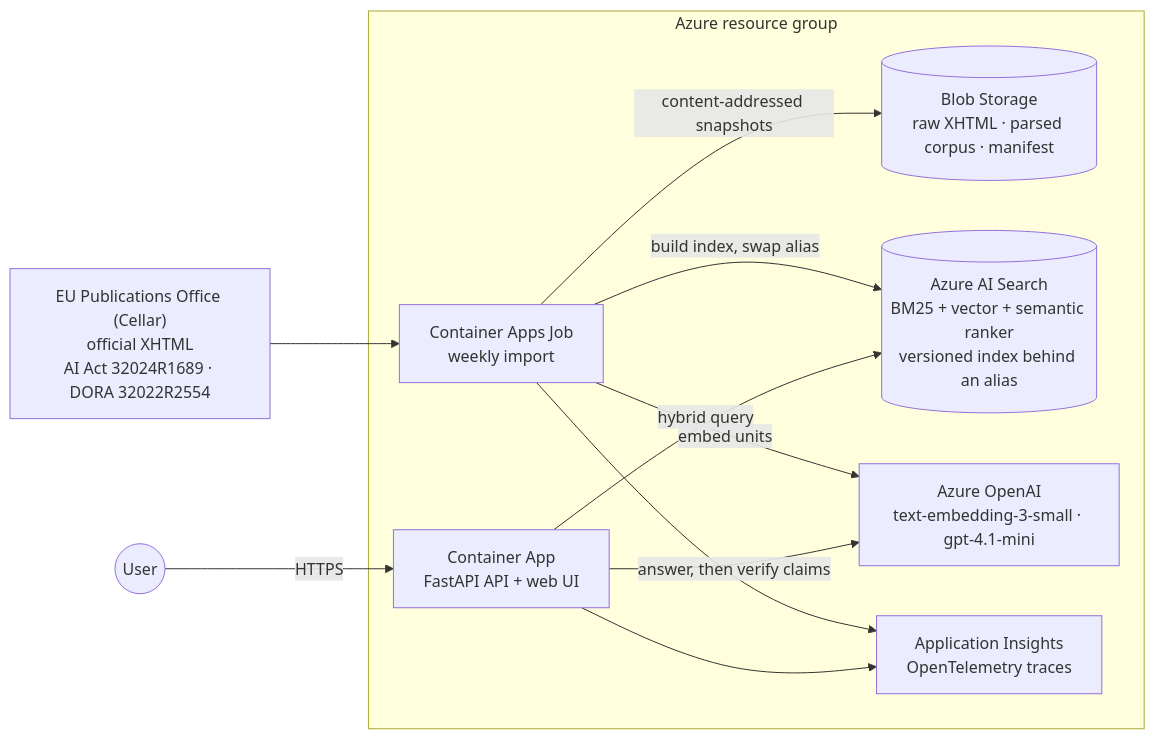
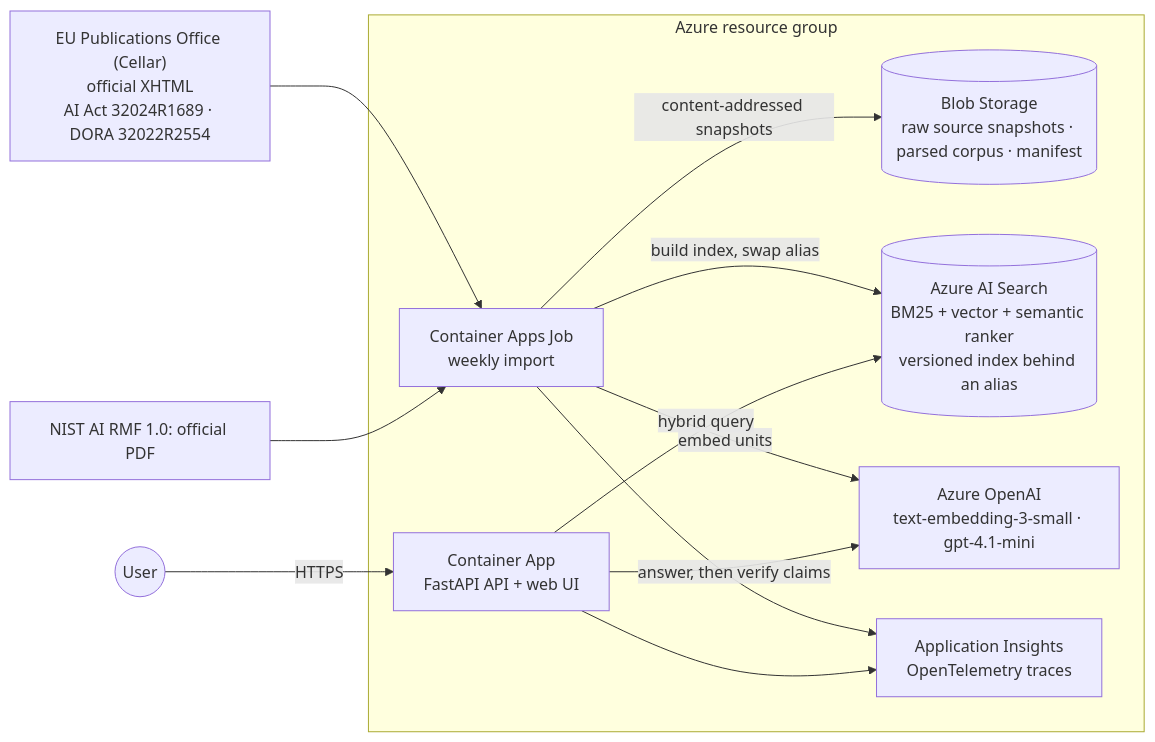
The diagram in README.md (JeanneBM/regulatory-rag-assistant-v2), drawn with Mermaid before and after one commit.

Commit message:
docs: document project architecture with Mermaid

````diff
--- a/README.md
+++ b/README.md
@@ -31,20 +31,22 @@
 ```mermaid
 flowchart LR
   EU["EU Publications Office (Cellar)<br/>official XHTML<br/>AI Act 32024R1689 · DORA 32022R2554"]
+  NIST["NIST AI RMF 1.0: official PDF"]
   subgraph RG["Azure resource group"]
     JOB["Container Apps Job<br/>weekly import"]
-    BLOB[("Blob Storage<br/>raw XHTML · parsed corpus · manifest")]
+    BLOB[("Blob Storage<br/>raw source snapshots · parsed corpus · manifest")]
     SEARCH[("Azure AI Search<br/>BM25 + vector + semantic ranker<br/>versioned index behind an alias")]
     AOAI["Azure OpenAI<br/>text-embedding-3-small · gpt-4.1-mini"]
     WEB["Container App<br/>FastAPI API + web UI"]
     APPI["Application Insights<br/>OpenTelemetry traces"]
   end
   USER((User)) -->|HTTPS| WEB
   EU --> JOB
+  NIST --> JOB
   JOB -->|content-addressed snapshots| BLOB
   JOB -->|embed units| AOAI
   JOB -->|build index, swap alias| SEARCH
   WEB -->|hybrid query| SEARCH
   WEB -->|answer, then verify claims| AOAI
   JOB & WEB --> APPI
 ```
````
